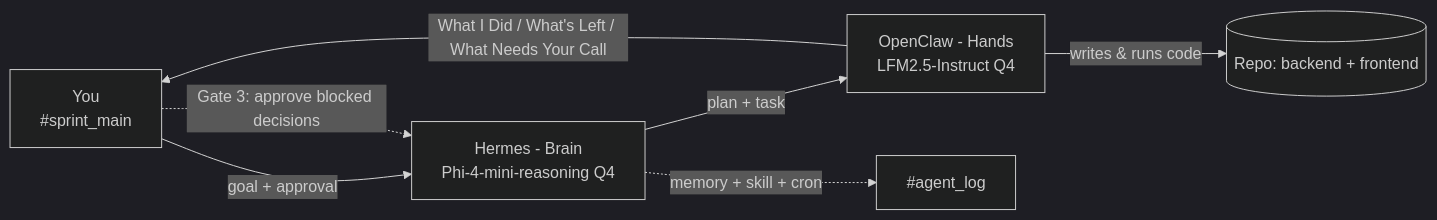
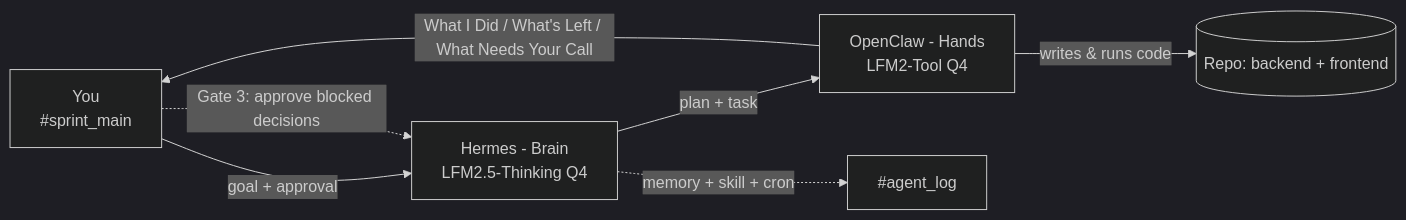
One commit to chiruu12/forge2-qualifier-chirag changed the diagram in ARCHITECTURE.md. Above: the diagram before and after it, drawn with Mermaid (dark theme). The commit also changed other lines of this file and 12 other files, not shown here.

First line of the commit message:
Adopt Liquid AI stack: LFM2.5-Thinking brain + LFM2-Tool hands.

````diff
--- a/ARCHITECTURE.md
+++ b/ARCHITECTURE.md
@@ -5,9 +5,9 @@
 ```mermaid
 flowchart LR
-    H["You<br/>#sprint_main"] -->|goal + approval| B["Hermes - Brain<br/>Phi-4-mini-reasoning Q4"]
-    B -->|plan + task| C["OpenClaw - Hands<br/>LFM2.5-Instruct Q4"]
+    H["You<br/>#sprint_main"] -->|goal + approval| B["Hermes - Brain<br/>LFM2.5-Thinking Q4"]
+    B -->|plan + task| C["OpenClaw - Hands<br/>LFM2-Tool Q4"]
     C -->|writes & runs code| Repo[("Repo: backend + frontend")]
     C -->|What I Did / What's Left / What Needs Your Call| H
     B -. "memory + skill + cron" .-> Log["#agent_log"]
     H -. "Gate 3: approve blocked decisions" .-> B
 ```
````
